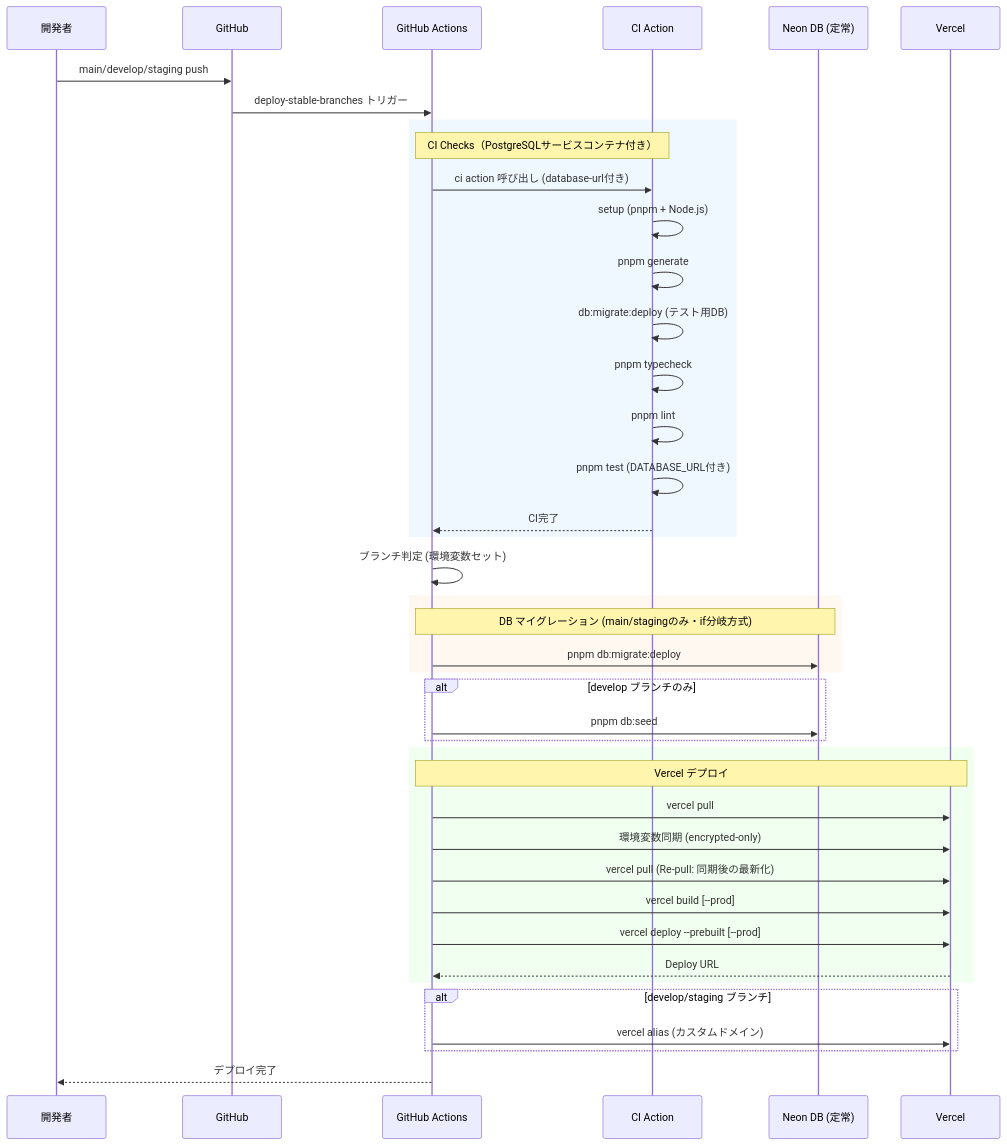
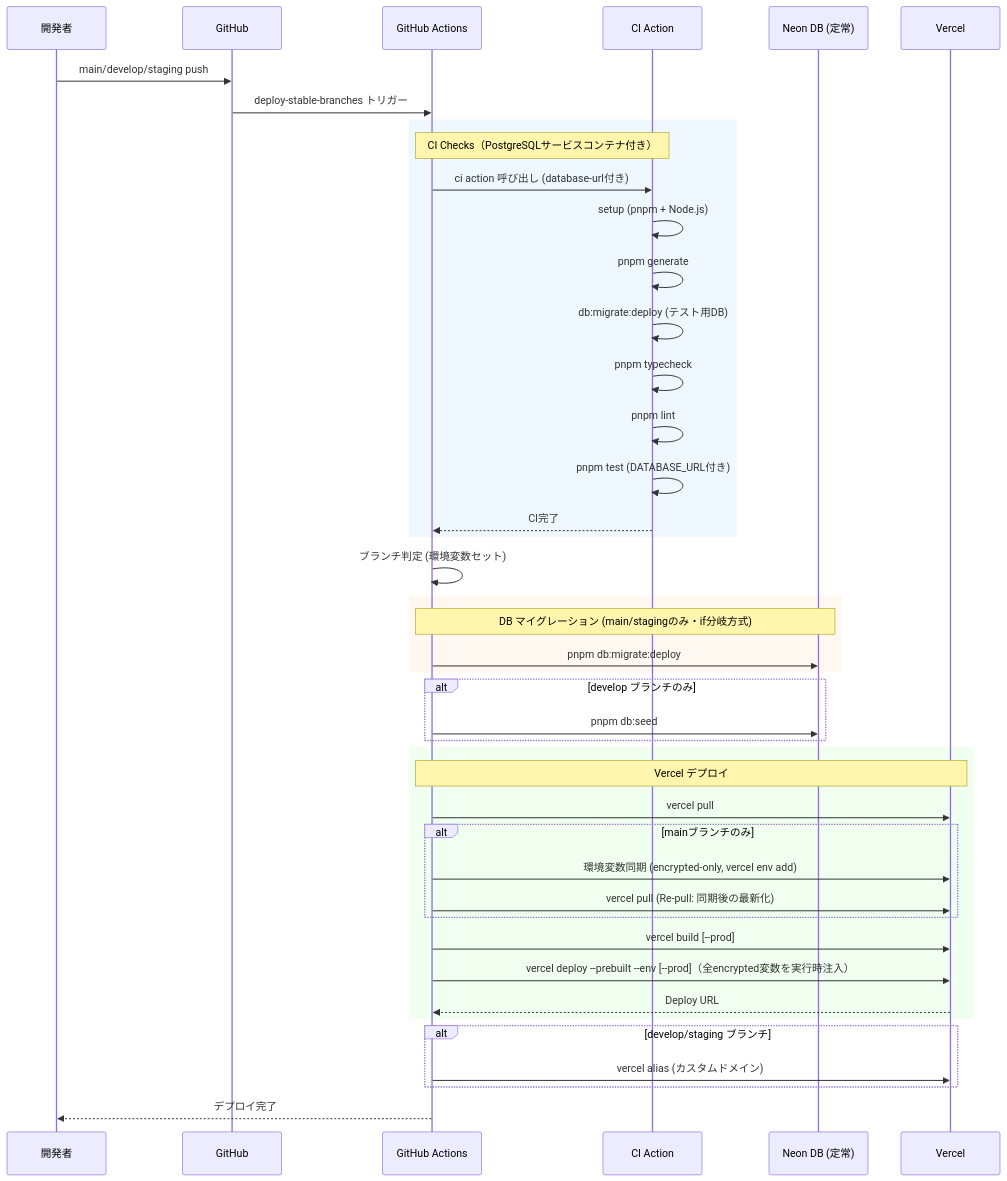
The fifth of 12 diagrams in docs/einja/steering/infrastructure/deployment.md (einja-inc/einja-management-template), drawn with Mermaid before and after one commit. The commit also changed other lines of this file and 28 other files, not shown here.

````diff
--- a/docs/einja/steering/infrastructure/deployment.md
+++ b/docs/einja/steering/infrastructure/deployment.md
@@ -273,51 +272,53 @@
 ```mermaid
 sequenceDiagram
     participant Dev as 開発者
     participant GH as GitHub
     participant Actions as GitHub Actions
     participant CI as CI Action
     participant Neon as Neon DB (定常)
     participant Vercel as Vercel
 
     Dev->>GH: main/develop/staging push
     GH->>Actions: deploy-stable-branches トリガー
 
     rect rgb(240, 248, 255)
         Note over Actions,CI: CI Checks（PostgreSQLサービスコンテナ付き）
         Actions->>CI: ci action 呼び出し (database-url付き)
         CI->>CI: setup (pnpm + Node.js)
         CI->>CI: pnpm generate
         CI->>CI: db:migrate:deploy (テスト用DB)
         CI->>CI: pnpm typecheck
         CI->>CI: pnpm lint
         CI->>CI: pnpm test (DATABASE_URL付き)
         CI-->>Actions: CI完了
     end
 
     Actions->>Actions: ブランチ判定 (環境変数セット)
 
     rect rgb(255, 248, 240)
         Note over Actions,Neon: DB マイグレーション (main/stagingのみ・if分岐方式)
         Actions->>Neon: pnpm db:migrate:deploy
     end
 
     alt develop ブランチのみ
         Actions->>Neon: pnpm db:seed
     end
 
     rect rgb(240, 255, 240)
         Note over Actions,Vercel: Vercel デプロイ
         Actions->>Vercel: vercel pull
-        Actions->>Vercel: 環境変数同期 (encrypted-only)
-        Actions->>Vercel: vercel pull (Re-pull: 同期後の最新化)
+        alt mainブランチのみ
+            Actions->>Vercel: 環境変数同期 (encrypted-only, vercel env add)
+            Actions->>Vercel: vercel pull (Re-pull: 同期後の最新化)
+        end
         Actions->>Vercel: vercel build [--prod]
-        Actions->>Vercel: vercel deploy --prebuilt [--prod]
+        Actions->>Vercel: vercel deploy --prebuilt --env [--prod]（全encrypted変数を実行時注入）
         Vercel-->>Actions: Deploy URL
     end
 
     alt develop/staging ブランチ
         Actions->>Vercel: vercel alias (カスタムドメイン)
     end
 
     Actions-->>Dev: デプロイ完了
 ```
````
